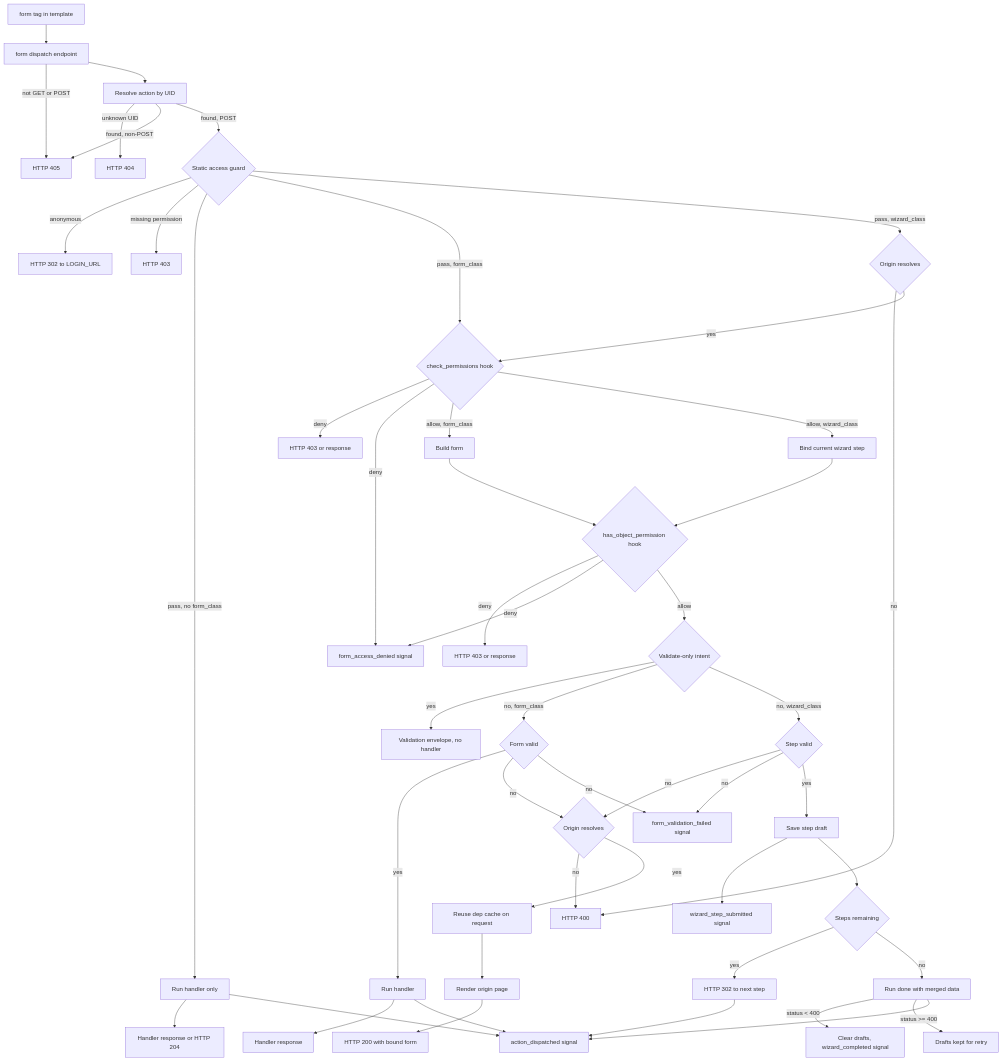
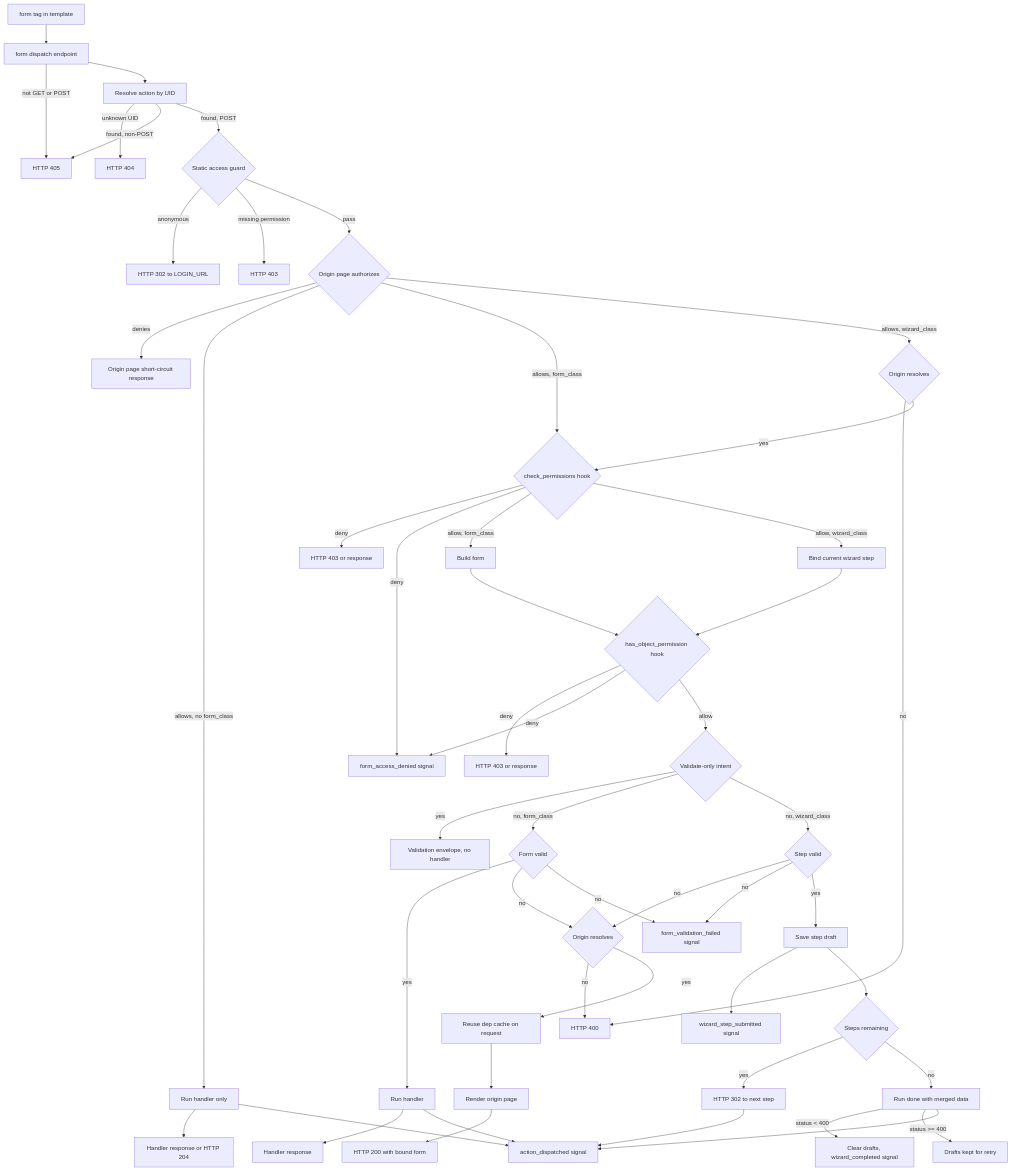
Before and after one commit to next-dj/next-dj: the diagram in docs/content/internals/action-dispatch.rst, drawn with Mermaid. The commit also changed other lines of this file and 406 other files, not shown here.

```diff
--- a/docs/content/internals/action-dispatch.rst
+++ b/docs/content/internals/action-dispatch.rst
@@ -24,50 +25,52 @@
 .. mermaid::
 
    flowchart TB
        Template["form tag in template"] --> Endpoint["form dispatch endpoint"]
        Endpoint -- "not GET or POST" --> NotAllowed["HTTP 405"]
        Endpoint --> Lookup["Resolve action by UID"]
        Lookup -- unknown UID --> NotFound["HTTP 404"]
        Lookup -- "found, non-POST" --> NotAllowed
        Lookup -- "found, POST" --> Guard{"Static access guard"}
        Guard -- anonymous --> LoginRedirect["HTTP 302 to LOGIN_URL"]
        Guard -- "missing permission" --> Forbidden["HTTP 403"]
-       Guard -- "pass, no form_class" --> HandlerOnly["Run handler only"]
-       Guard -- "pass, form_class" --> ViewHook{"check_permissions hook"}
-       Guard -- "pass, wizard_class" --> WizardOrigin{"Origin resolves"}
+       Guard -- pass --> PageAuth{"Origin page authorizes"}
+       PageAuth -- denies --> PageDenied["Origin page short-circuit response"]
+       PageAuth -- "allows, no form_class" --> HandlerOnly["Run handler only"]
+       PageAuth -- "allows, form_class" --> ViewHook{"check_permissions hook"}
+       PageAuth -- "allows, wizard_class" --> WizardOrigin{"Origin resolves"}
        WizardOrigin -- no --> BadRequest["HTTP 400"]
        WizardOrigin -- yes --> ViewHook
        ViewHook -- "deny" --> HookDenied["HTTP 403 or response"]
        ViewHook -- "deny" --> AccessDenied["form_access_denied signal"]
        ViewHook -- "allow, form_class" --> Build["Build form"]
        ViewHook -- "allow, wizard_class" --> WizardStep["Bind current wizard step"]
        HandlerOnly --> HandlerOnlyResponse["Handler response or HTTP 204"]
        HandlerOnly --> ActionDispatched["action_dispatched signal"]
        Build --> ObjectHook{"has_object_permission hook"}
        WizardStep --> ObjectHook
        ObjectHook -- "deny" --> ObjectDenied["HTTP 403 or response"]
        ObjectHook -- "deny" --> AccessDenied
        ObjectHook -- allow --> ValidateOnly{"Validate-only intent"}
        ValidateOnly -- yes --> ValidateEnvelope["Validation envelope, no handler"]
        ValidateOnly -- "no, form_class" --> Validate{"Form valid"}
        ValidateOnly -- "no, wizard_class" --> WizardValid{"Step valid"}
        Validate -- yes --> Handler["Run handler"]
        Handler --> Response["Handler response"]
        Handler --> ActionDispatched
        Validate -- no --> Origin{"Origin resolves"}
        Origin -- no --> BadRequest["HTTP 400"]
        Origin -- yes --> ShareCache["Reuse dep cache on request"]
        ShareCache --> RenderOrigin["Render origin page"]
        RenderOrigin --> RerenderHTML["HTTP 200 with bound form"]
        Validate -- no --> FormFailed["form_validation_failed signal"]
        WizardValid -- no --> Origin
        WizardValid -- no --> FormFailed
        WizardValid -- yes --> SaveStep["Save step draft"]
        SaveStep --> StepSubmitted["wizard_step_submitted signal"]
        SaveStep --> StepsLeft{"Steps remaining"}
        StepsLeft -- yes --> Advance["HTTP 302 to next step"]
        StepsLeft -- no --> Done["Run done with merged data"]
        Done -- "status < 400" --> Completed["Clear drafts, wizard_completed signal"]
        Done -- "status >= 400" --> KeepDrafts["Drafts kept for retry"]
        Advance --> ActionDispatched
        Done --> ActionDispatched
```
